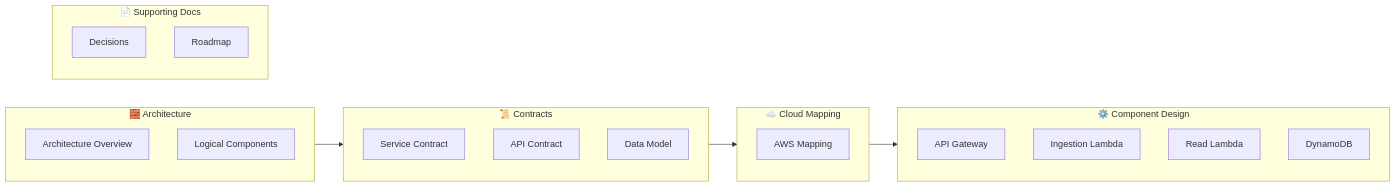
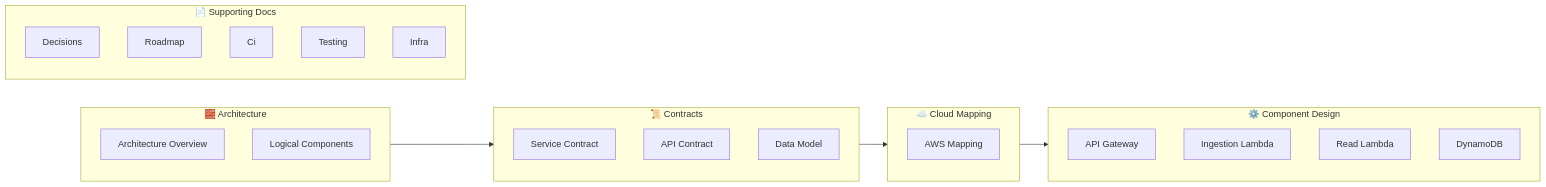
The diagram in docs/README.md (Kilianrm/cloud-events-platform), drawn with Mermaid before and after one commit. The commit also changed other lines of this file and 6 other files, not shown here.

````diff
--- a/docs/README.md
+++ b/docs/README.md
@@ -32,43 +32,46 @@
 ```mermaid
 flowchart LR
 
 %% ===== ARCHITECTURE =====
 subgraph ARCH["🧱 Architecture"]
   AO[Architecture Overview]
   LC[Logical Components]
 end
 
 %% ===== CONTRACTS =====
 subgraph CONTRACTS["📜 Contracts"]
   SC[Service Contract]
   API[API Contract]
   DM[Data Model]
 end
 
 %% ===== DESIGN / MAPPING =====
 subgraph DESIGN["☁️ Cloud Mapping"]
   CM[AWS Mapping]
 end
 
 %% ===== COMPONENTS =====
 subgraph COMPONENTS["⚙️ Component Design"]
   AGW[API Gateway]
   ING[Ingestion Lambda]
   READ[Read Lambda]
   DB[DynamoDB]
 end
 
 
 %% ===== FLOW =====
 ARCH --> CONTRACTS
 CONTRACTS --> DESIGN
 DESIGN --> COMPONENTS
 
 %% ===== DOCUMENTS (NO FLOW) =====
 subgraph DOCS["📄 Supporting Docs"]
   ADR[Decisions]
   NFR[Roadmap]
+  CI[Ci]
+  TESTING[Testing]
+  INFRA[Infra]
 end
 
 
 ```
````
